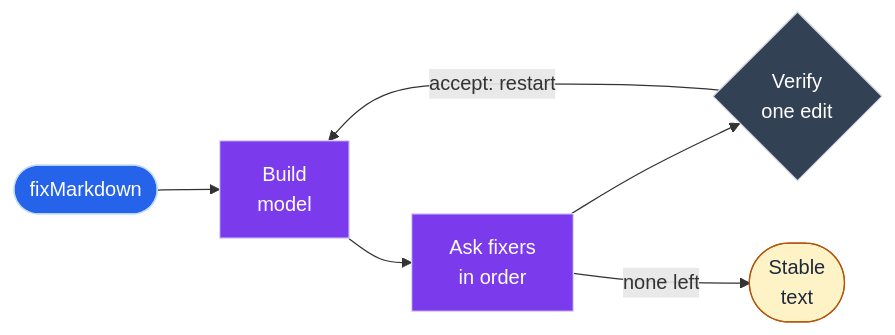
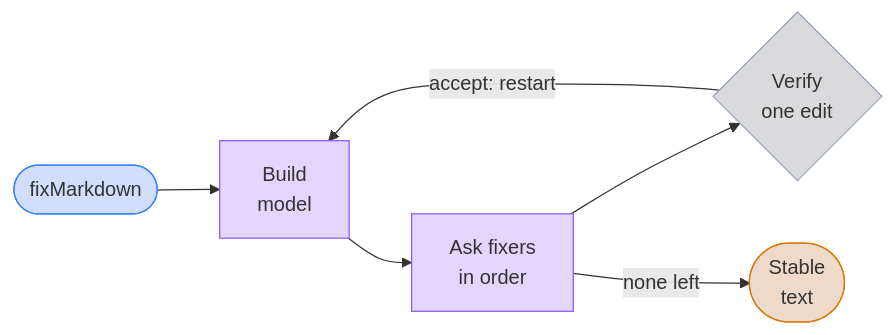
One commit to jpeakai/jpai-prose-gates changed the tenth of 19 diagrams in docs/DATA_MODEL.md. Above: the diagram before and after it, drawn with Mermaid. The commit also changed other lines of this file and 1 other file, not shown here.

First line of the commit message:
docs: recalibrate the Mermaid diagrams for Material with translucent fills

````diff
--- a/docs/DATA_MODEL.md
+++ b/docs/DATA_MODEL.md
@@ -352,11 +352,11 @@
 ```mermaid
 flowchart LR
     START(["fixMarkdown"]):::source --> BUILD["Build<br/>model"]:::build --> ASK["Ask fixers<br/>in order"]:::build --> VERIFY{"Verify<br/>one edit"}:::decide
     VERIFY -- "accept: restart" --> BUILD
     ASK -- "none left" --> DONE(["Stable<br/>text"]):::out
 
-    classDef source fill:#2563eb,stroke:#bfdbfe,color:#ffffff
-    classDef build  fill:#7c3aed,stroke:#ddd6fe,color:#ffffff
-    classDef decide fill:#334155,stroke:#cbd5e1,color:#ffffff
-    classDef out    fill:#fef3c7,stroke:#b45309,color:#1e293b
+    classDef source fill:#2563eb36,stroke:#3b82f6
+    classDef build  fill:#7c3aed36,stroke:#8b5cf6
+    classDef decide fill:#52525b36,stroke:#94a3b8
+    classDef out    fill:#b4530936,stroke:#d97706
 ```
````
